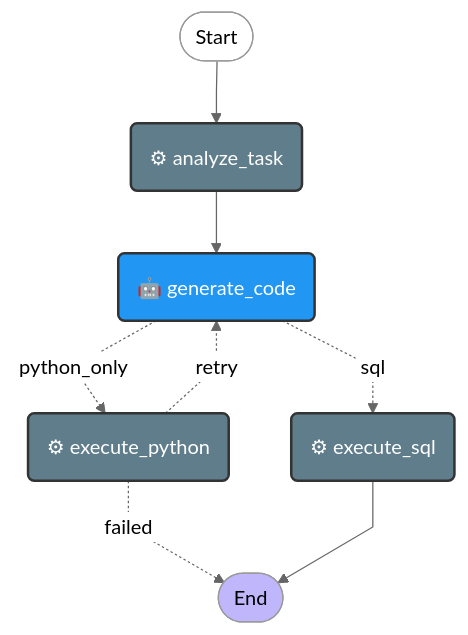
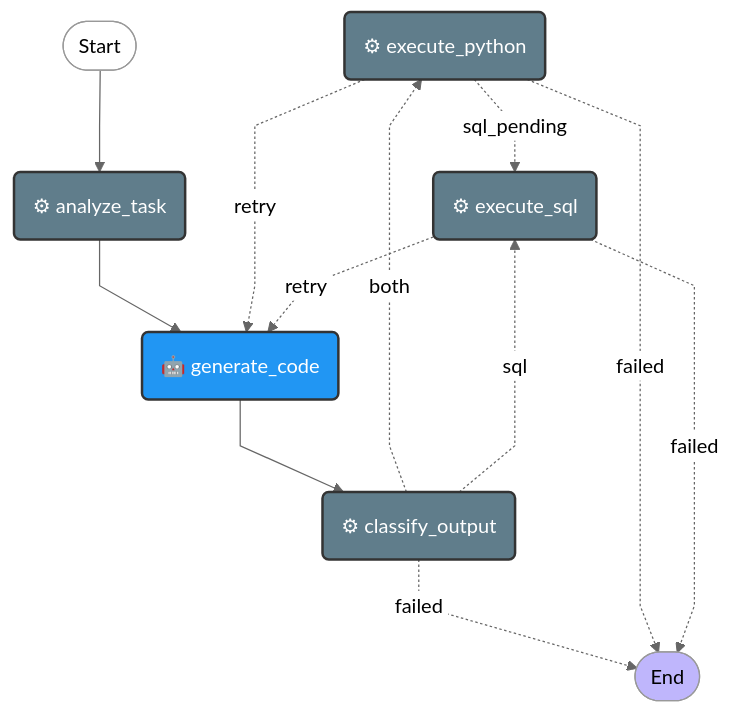
One commit to sergiogg94/atlas_research_system changed the diagram in docs/data_graph.md. Above: the diagram before and after it, drawn with Mermaid (neutral theme). The commit also changed other lines of this file, not shown here.

Commit message:
docs: update data graph

````diff
--- a/docs/data_graph.md
+++ b/docs/data_graph.md
@@ -20,24 +21,29 @@
 ```mermaid
 %%{init: {'flowchart': {'curve': 'linear'}}}%%
 graph TD;
 
+    execute_python("⚙ execute_python")
     analyze_task("⚙ analyze_task")
     generate_code("🤖 generate_code")
     execute_sql("⚙ execute_sql")
-    execute_python("⚙ execute_python")
+    classify_output("⚙ classify_output")
 
     __start__(["Start"]):::first --> analyze_task;
     analyze_task --> generate_code;
+    classify_output -. &nbsp;failed&nbsp; .-> __end__(["End"]):::last;
+    classify_output -. &nbsp;both&nbsp; .-> execute_python;
+    classify_output -. &nbsp;sql&nbsp; .-> execute_sql;
     execute_python -. &nbsp;failed&nbsp; .-> __end__(["End"]):::last;
+    execute_python -. &nbsp;sql_pending&nbsp; .-> execute_sql;
     execute_python -. &nbsp;retry&nbsp; .-> generate_code;
-    generate_code -. &nbsp;python_only&nbsp; .-> execute_python;
-    generate_code -. &nbsp;sql&nbsp; .-> execute_sql;
-    execute_sql --> __end__(["End"]):::last;
+    execute_sql -. &nbsp;failed&nbsp; .-> __end__(["End"]):::last;
+    execute_sql -. &nbsp;retry&nbsp; .-> generate_code;
+    generate_code --> classify_output;
 
-    class analyze_task,execute_sql,execute_python defaultNode;
+    class execute_python,analyze_task,execute_sql,classify_output defaultNode;
     class generate_code llmNode;
     classDef first fill-opacity:0;
     classDef last fill:#bfb6fc;
     classDef llmNode fill:#2196f3,stroke:#333,stroke-width:2px,color:#fff;
     classDef defaultNode fill:#607d8b,stroke:#333,stroke-width:2px,color:#fff;
 ```
````
